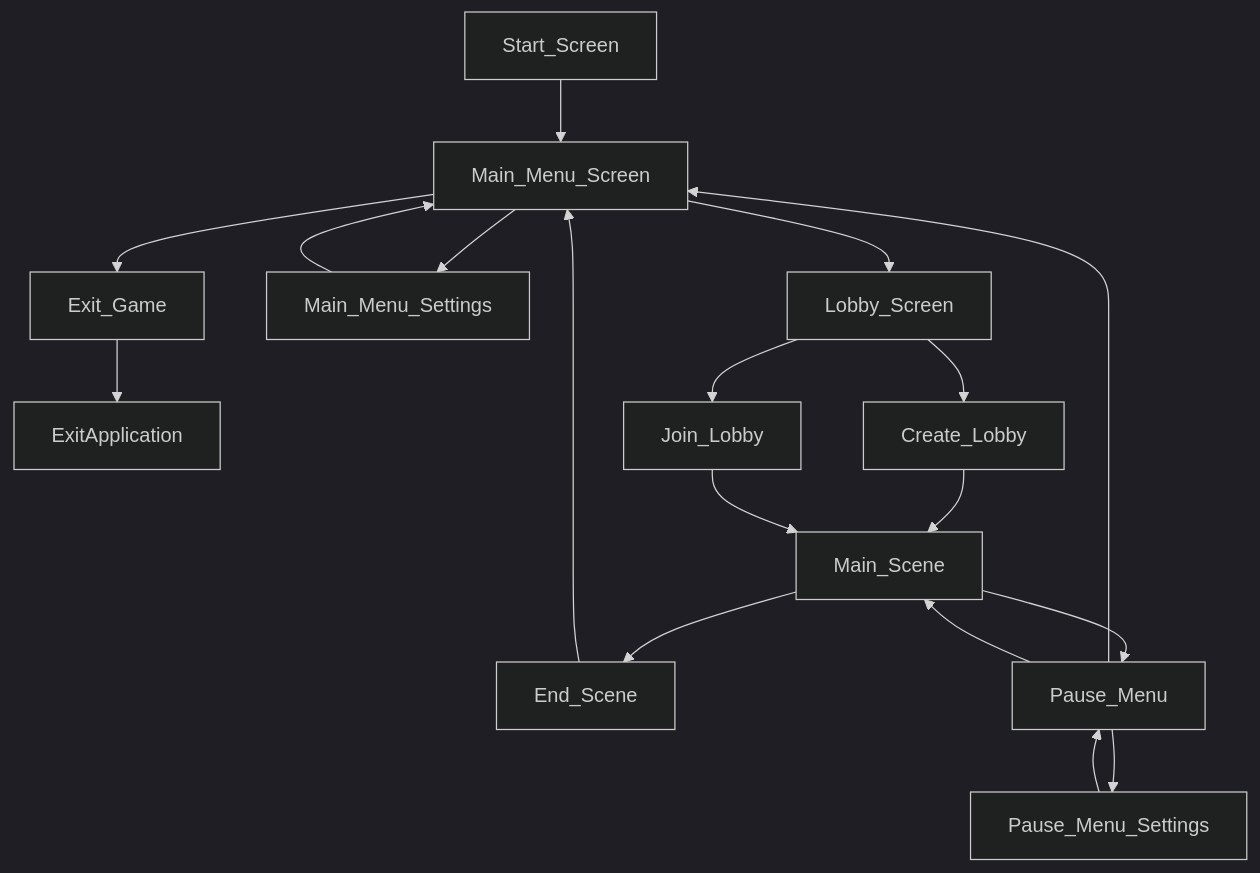
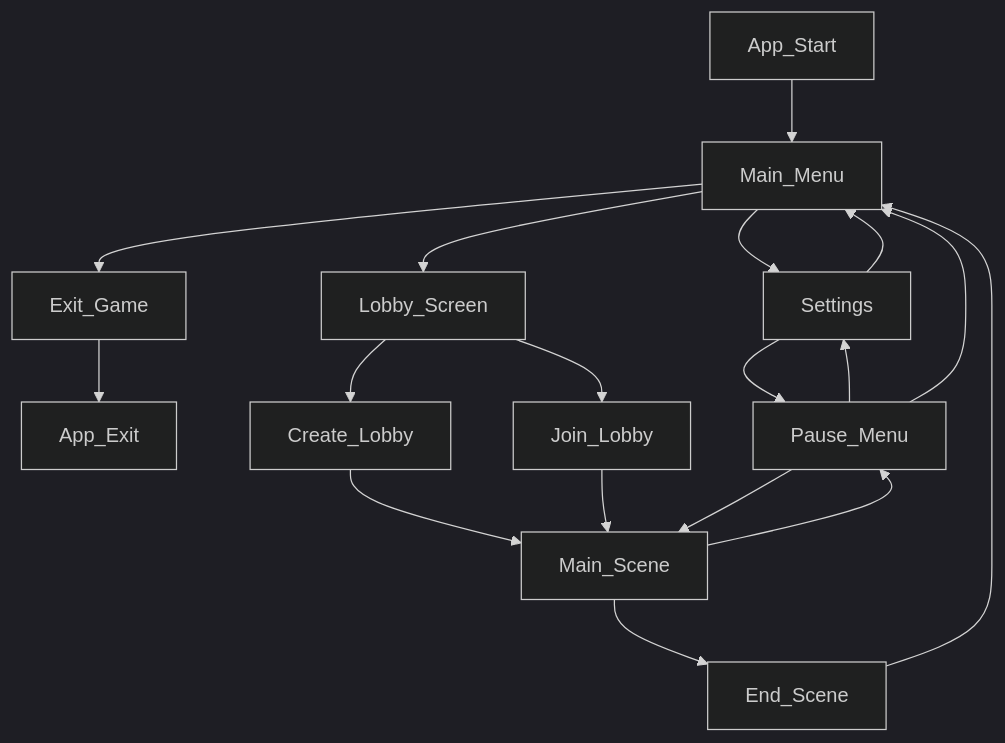
One commit to overlord-supreme/checkers changed the diagram in docs/requirements/6-ui.md. Above: the diagram before and after it, drawn with Mermaid (dark theme). The commit also changed other lines of this file, not shown here.

Commit message:
Complete requirements for Menu Flow

````diff
--- a/docs/requirements/6-ui.md
+++ b/docs/requirements/6-ui.md
@@ -96,20 +248,20 @@
 ```mermaid
 graph TD;
-     Start_Screen-->Main_Menu_Screen;
-     Main_Menu_Screen-->Exit_Game;
-     Main_Menu_Screen-->Main_Menu_Settings;
-     Main_Menu_Settings-->Main_Menu_Screen;
-     Exit_Game-->ExitApplication
-     Main_Menu_Screen-->Lobby_Screen;
-     Lobby_Screen-->Create_Lobby;
-     Lobby_Screen-->Join_Lobby;
-     Create_Lobby-->Main_Scene;
-     Join_Lobby-->Main_Scene;
-     Main_Scene-->End_Scene;
-     Main_Scene-->Pause_Menu;
-     Pause_Menu-->Pause_Menu_Settings;
-     Pause_Menu_Settings-->Pause_Menu;
-     Pause_Menu-->Main_Menu_Screen;
-     Pause_Menu-->Main_Scene;
-     End_Scene-->Main_Menu_Screen;
+     App_Start            --> Main_Menu;
+     Main_Menu            --> Exit_Game;
+     Main_Menu            --> Settings;
+     Settings             --> Main_Menu;
+     Exit_Game            --> App_Exit;
+     Main_Menu            --> Lobby_Screen;
+     Lobby_Screen         --> Create_Lobby;
+     Lobby_Screen         --> Join_Lobby;
+     Create_Lobby         --> Main_Scene;
+     Join_Lobby           --> Main_Scene;
+     Main_Scene           --> End_Scene;
+     Main_Scene           --> Pause_Menu;
+     Pause_Menu           --> Settings;
+     Settings             --> Pause_Menu;
+     Pause_Menu           --> Main_Menu;
+     Pause_Menu           --> Main_Scene;
+     End_Scene            --> Main_Menu;
 ```
````
